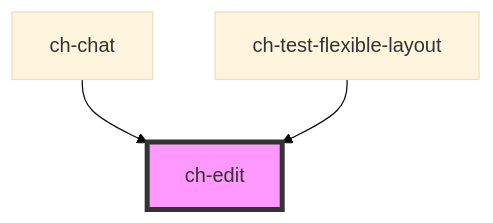
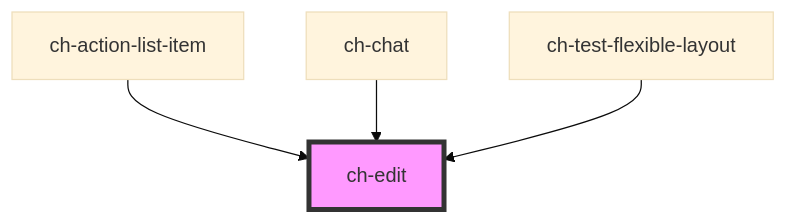
One commit to genexuslabs/chameleon-controls-library changed the diagram in src/components/edit/readme.md. Above: the diagram before and after it, drawn with Mermaid (base theme). The commit also changed other lines of this file and 3 other files, not shown here.

````diff
--- a/src/components/edit/readme.md
+++ b/src/components/edit/readme.md
@@ -89,6 +90,7 @@
 ```mermaid
 graph TD;
+  ch-action-list-item --> ch-edit
   ch-chat --> ch-edit
   ch-test-flexible-layout --> ch-edit
   style ch-edit fill:#f9f,stroke:#333,stroke-width:4px
 ```
````
